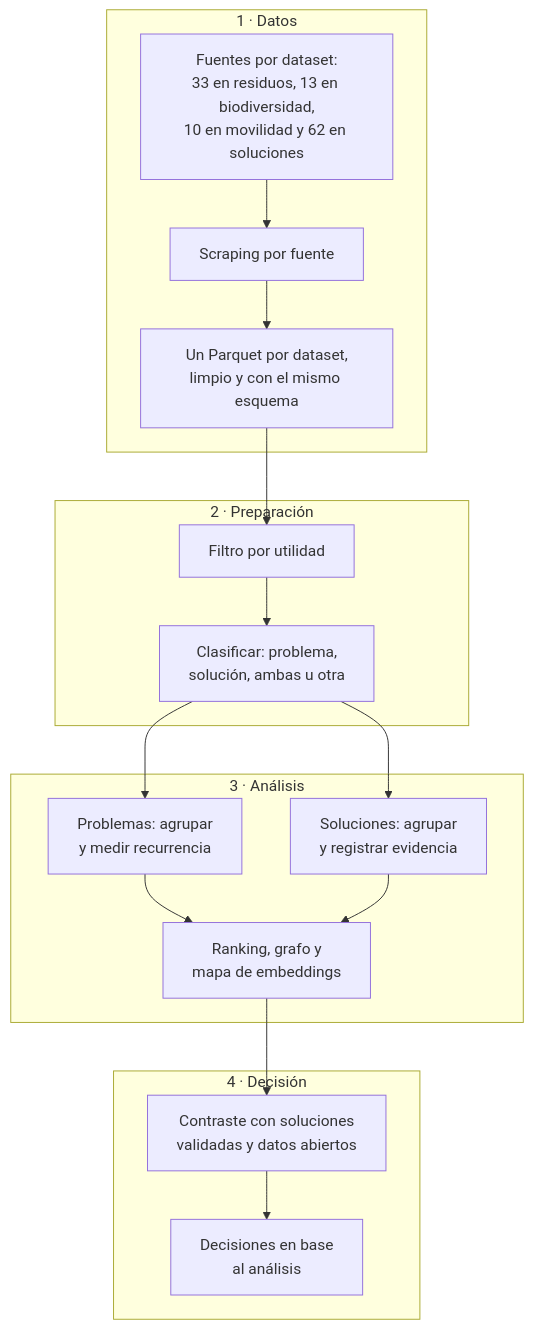
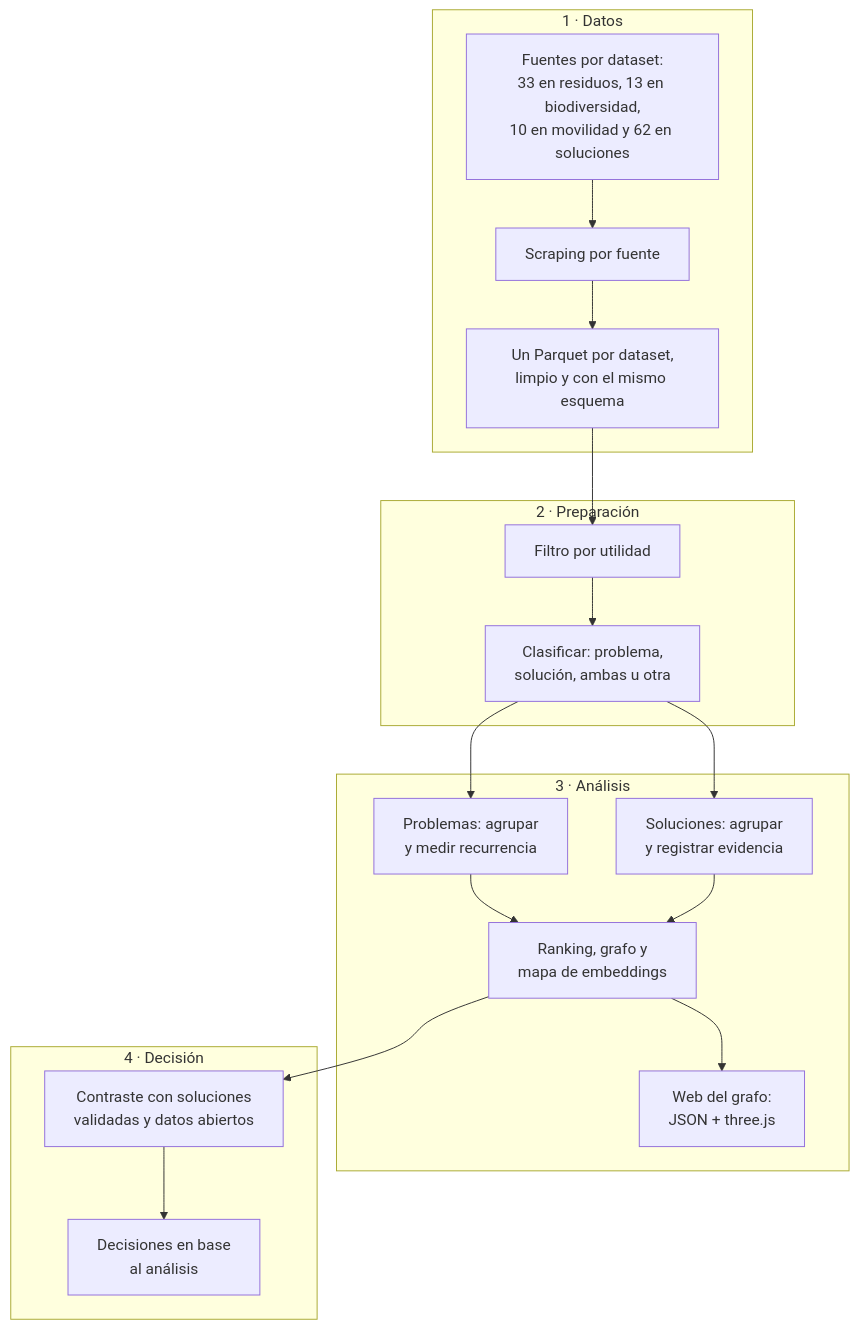
The second of 2 diagrams in README.md (NachoSamo/pipeline-decision-data), drawn with Mermaid before and after one commit. The commit also changed other lines of this file and 30 other files, not shown here.

First line of the commit message:
Web del grafo: exportador JSON y sitio estático con three.js

````diff
--- a/README.md
+++ b/README.md
@@ -113,27 +113,29 @@
 ```mermaid
 flowchart TB
     subgraph Datos["1 · Datos"]
         A["Fuentes por dataset:<br/>33 en residuos, 13 en biodiversidad,<br/>10 en movilidad y 62 en soluciones"] --> B["Scraping por fuente"] --> C["Un Parquet por dataset,<br/>limpio y con el mismo esquema"]
     end
 
     subgraph Preparacion["2 · Preparación"]
         D["Filtro por utilidad"] --> E["Clasificar: problema,<br/>solución, ambas u otra"]
     end
 
     subgraph Analisis["3 · Análisis"]
         F["Problemas: agrupar<br/>y medir recurrencia"]
         G["Soluciones: agrupar<br/>y registrar evidencia"]
         H["Ranking, grafo y<br/>mapa de embeddings"]
+        W["Web del grafo:<br/>JSON + three.js"]
         F --> H
         G --> H
+        H --> W
     end
 
     subgraph Decision["4 · Decisión"]
         I["Contraste con soluciones<br/>validadas y datos abiertos"] --> J["Decisiones en base<br/>al análisis"]
     end
 
     C --> D
     E --> F
     E --> G
     H --> I
 ```
````
